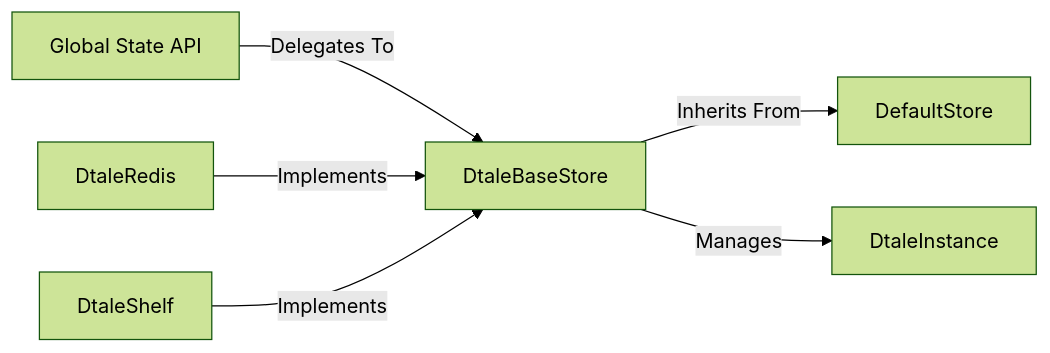
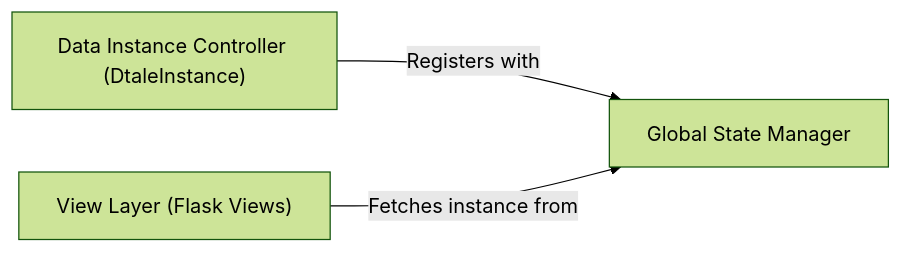
One commit to CodeBoarding/GeneratedOnBoardings changed the diagram in dtale/In_Memory_Data_Store.md. Above: the diagram before and after it, drawn with Mermaid (forest theme). The commit also changed other lines of this file and 8 other files, not shown here.

````diff
--- a/dtale/In_Memory_Data_Store.md
+++ b/dtale/In_Memory_Data_Store.md
@@ -1,14 +1,8 @@
 ```mermaid
 graph LR
-    Global_State_API["Global State API"]
-    DefaultStore["DefaultStore"]
-    DtaleBaseStore["DtaleBaseStore"]
-    DtaleInstance["DtaleInstance"]
-    DtaleRedis["DtaleRedis"]
-    DtaleShelf["DtaleShelf"]
-    Global_State_API -- "Delegates To" --> DtaleBaseStore
-    DtaleBaseStore -- "Inherits From" --> DefaultStore
-    DtaleRedis -- "Implements" --> DtaleBaseStore
-    DtaleShelf -- "Implements" --> DtaleBaseStore
-    DtaleBaseStore -- "Manages" --> DtaleInstance
+    Global_State_Manager["Global State Manager"]
+    Data_Instance_Controller_DtaleInstance_["Data Instance Controller (DtaleInstance)"]
+    View_Layer_Flask_Views_["View Layer (Flask Views)"]
+    Data_Instance_Controller_DtaleInstance_ -- "Registers with" --> Global_State_Manager
+    View_Layer_Flask_Views_ -- "Fetches instance from" --> Global_State_Manager
 ```
````
